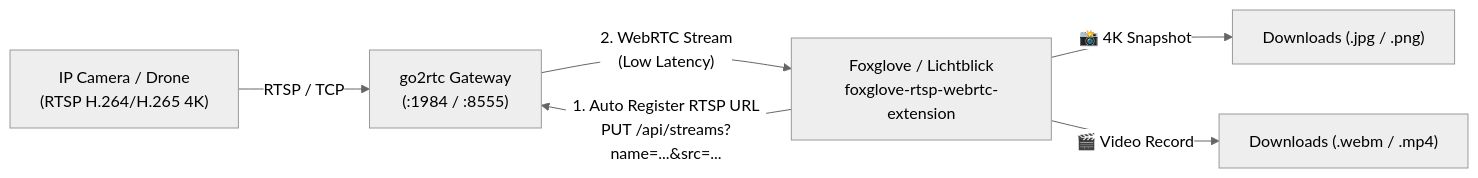
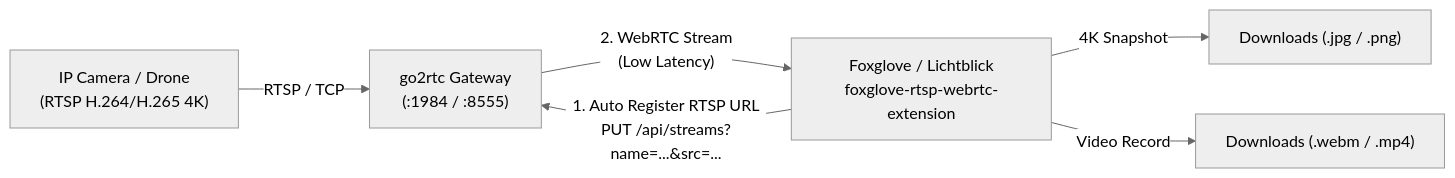
One commit to aminballoon/foxglove-rtsp-webrtc-extension changed the diagram in README.md. Above: the diagram before and after it, drawn with Mermaid (neutral theme). The commit also changed other lines of this file, not shown here.

````diff
--- a/README.md
+++ b/README.md
@@ -34,8 +34,8 @@
 ```mermaid
 graph LR
     Camera["IP Camera / Drone<br/>(RTSP H.264/H.265 4K)"] -->|"RTSP / TCP"| go2rtc["go2rtc Gateway<br/>(:1984 / :8555)"]
     Panel["Foxglove / Lichtblick<br/>foxglove-rtsp-webrtc-extension"] -->|"1. Auto Register RTSP URL<br/>PUT /api/streams?name=...&src=..."| go2rtc
     go2rtc -->|"2. WebRTC Stream<br/>(Low Latency)"| Panel
-    Panel -->|"📸 4K Snapshot"| Download1["Downloads (.jpg / .png)"]
-    Panel -->|"🎬 Video Record"| Download2["Downloads (.webm / .mp4)"]
+    Panel -->|"4K Snapshot"| Download1["Downloads (.jpg / .png)"]
+    Panel -->|"Video Record"| Download2["Downloads (.webm / .mp4)"]
 ```
````
